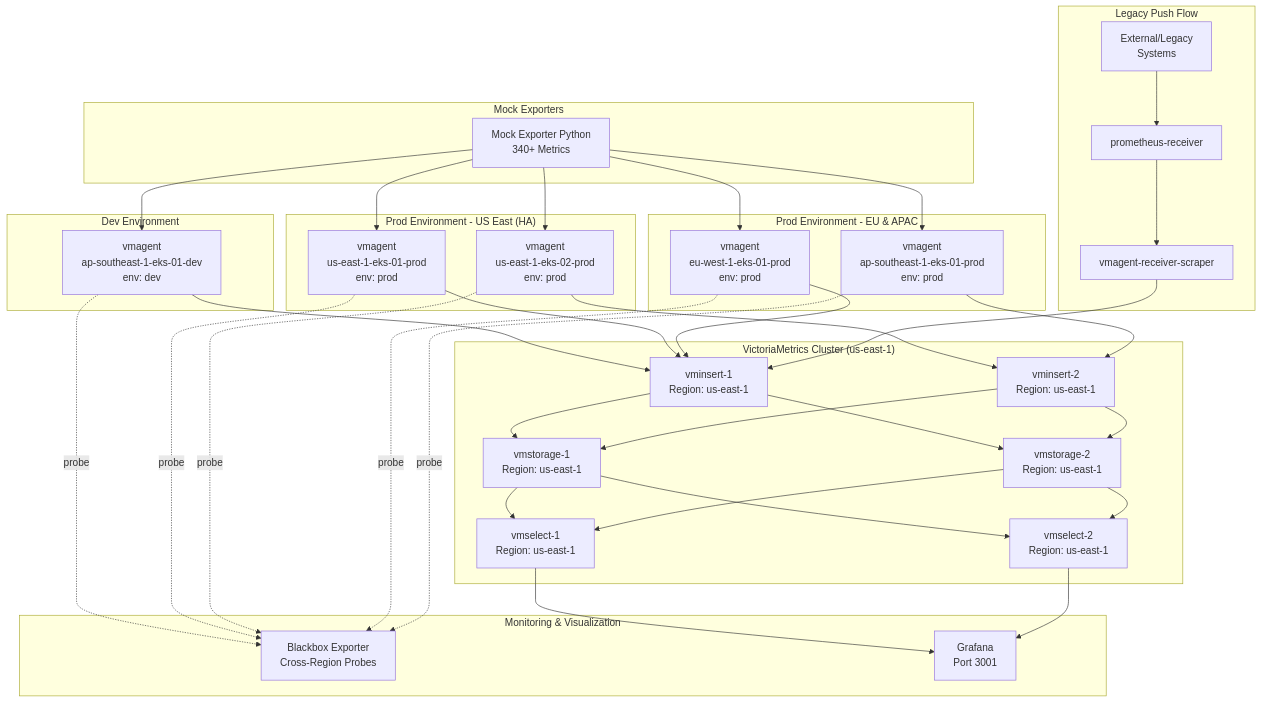
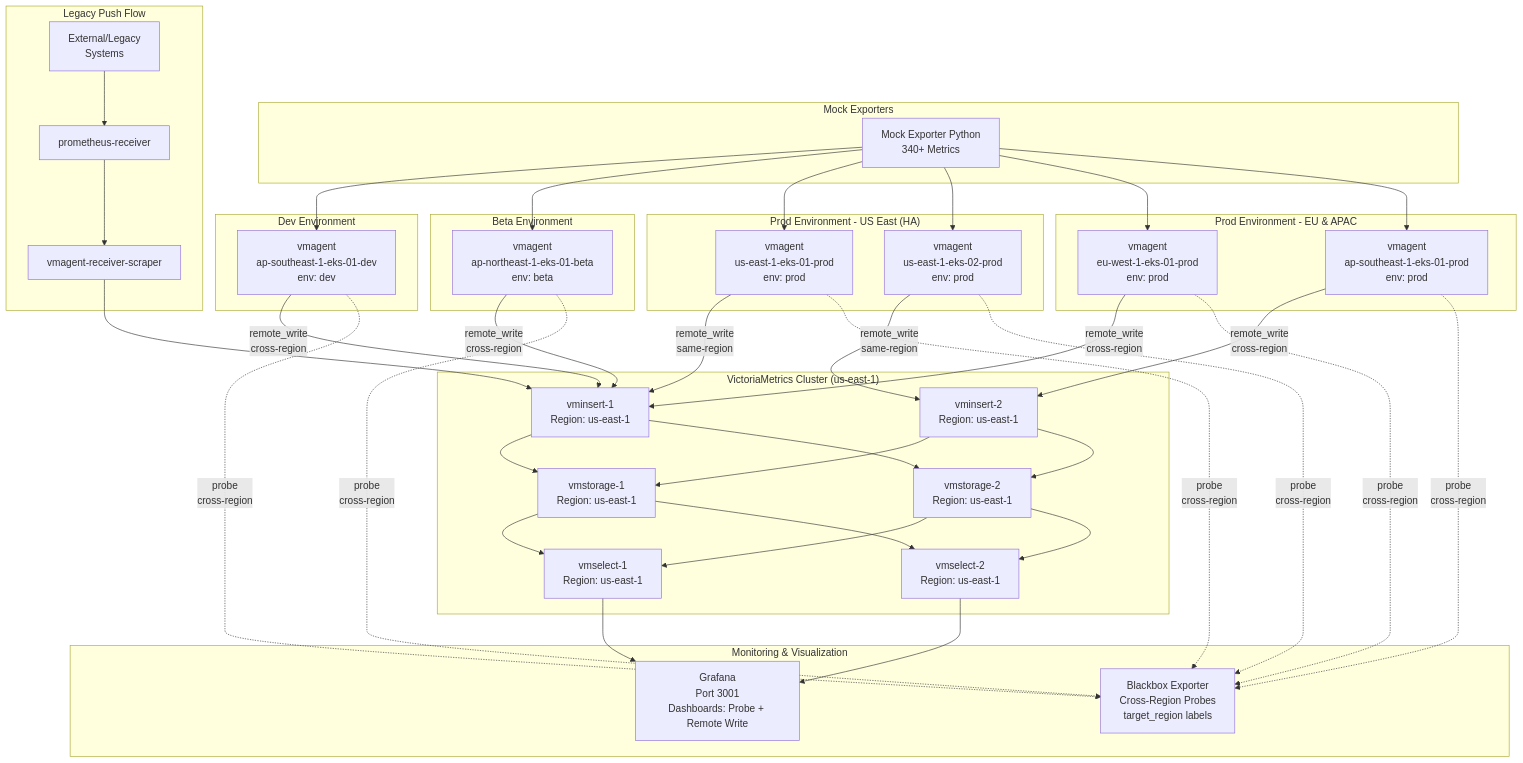
The diagram in README.md (duyne-me/prom-remote-write), drawn with Mermaid before and after one commit. The commit also changed other lines of this file and 12 other files, not shown here.

````diff
--- a/README.md
+++ b/README.md
@@ -7,58 +7,63 @@
 ```mermaid
 graph TB
     subgraph "Mock Exporters"
         ME[Mock Exporter Python<br/>340+ Metrics]
     end
     
     subgraph "Dev Environment"
         VMA_DEV[vmagent<br/>ap-southeast-1-eks-01-dev<br/>env: dev]
+    end
+    
+    subgraph "Beta Environment"
+        VMA_BETA[vmagent<br/>ap-northeast-1-eks-01-beta<br/>env: beta]
     end
     
     subgraph "Prod Environment - US East (HA)"
         VMA_US1[vmagent<br/>us-east-1-eks-01-prod<br/>env: prod]
         VMA_US2[vmagent<br/>us-east-1-eks-02-prod<br/>env: prod]
     end
     
     subgraph "Prod Environment - EU & APAC"
         VMA_EU[vmagent<br/>eu-west-1-eks-01-prod<br/>env: prod]
         VMA_AP[vmagent<br/>ap-southeast-1-eks-01-prod<br/>env: prod]
     end
     
     subgraph "Legacy Push Flow"
         EXT[External/Legacy<br/>Systems]
         PR[prometheus-receiver]
         VMA_RCV[vmagent-receiver-scraper]
     end
     
     subgraph "VictoriaMetrics Cluster (us-east-1)"
         VMI1[vminsert-1<br/>Region: us-east-1]
         VMI2[vminsert-2<br/>Region: us-east-1]
         VMS1[vmselect-1<br/>Region: us-east-1]
         VMS2[vmselect-2<br/>Region: us-east-1]
         VMST1[vmstorage-1<br/>Region: us-east-1]
         VMST2[vmstorage-2<br/>Region: us-east-1]
     end
     
     subgraph "Monitoring & Visualization"
-        BB[Blackbox Exporter<br/>Cross-Region Probes]
-        G[Grafana<br/>Port 3001]
+        BB[Blackbox Exporter<br/>Cross-Region Probes<br/>target_region labels]
+        G[Grafana<br/>Port 3001<br/>Dashboards: Probe + Remote Write]
     end
     
-    ME --> VMA_DEV & VMA_US1 & VMA_US2 & VMA_EU & VMA_AP
+    ME --> VMA_DEV & VMA_BETA & VMA_US1 & VMA_US2 & VMA_EU & VMA_AP
     
-    VMA_DEV --> VMI1
-    VMA_US1 --> VMI1
-    VMA_US2 --> VMI2
-    VMA_EU --> VMI1
-    VMA_AP --> VMI2
+    VMA_DEV -->|remote_write<br/>cross-region| VMI1
+    VMA_BETA -->|remote_write<br/>cross-region| VMI1
+    VMA_US1 -->|remote_write<br/>same-region| VMI1
+    VMA_US2 -->|remote_write<br/>same-region| VMI2
+    VMA_EU -->|remote_write<br/>cross-region| VMI1
+    VMA_AP -->|remote_write<br/>cross-region| VMI2
     
     EXT --> PR
     PR --> VMA_RCV
     VMA_RCV --> VMI1
     
-    VMA_DEV & VMA_US1 & VMA_US2 & VMA_EU & VMA_AP -.probe.-> BB
+    VMA_DEV & VMA_BETA & VMA_US1 & VMA_US2 & VMA_EU & VMA_AP -.probe<br/>cross-region.-> BB
     
     VMI1 & VMI2 --> VMST1 & VMST2
     VMST1 & VMST2 --> VMS1 & VMS2
     VMS1 & VMS2 --> G
 ```
````
